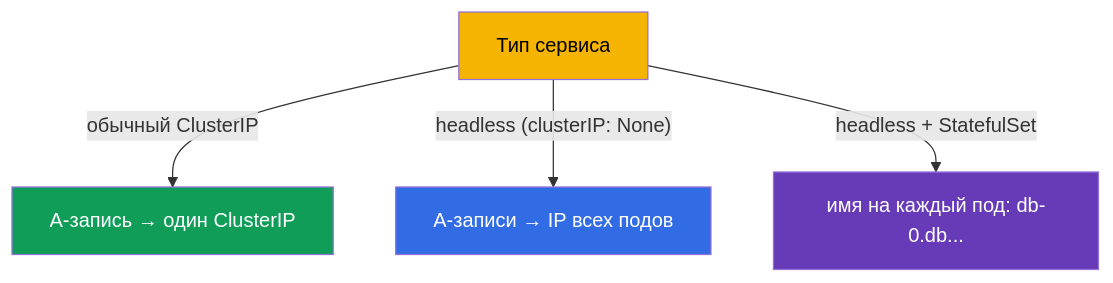
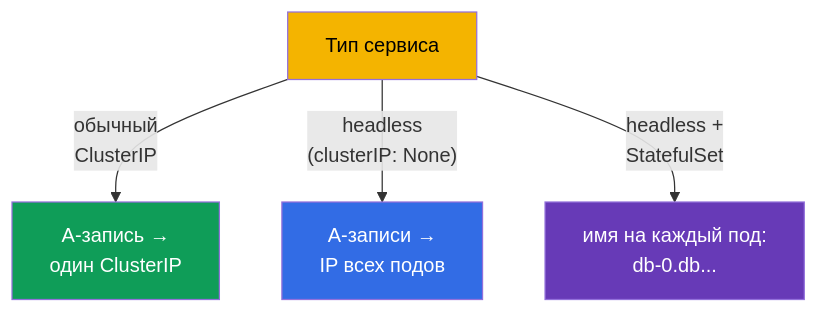
Before and after one commit to ViktorUJ/cks: the fourth of 7 diagrams in tasks/cka/course/31/ru.md, drawn with Mermaid. The commit also changed other lines of this file and 30 other files, not shown here.

````diff
--- a/tasks/cka/course/31/ru.md
+++ b/tasks/cka/course/31/ru.md
@@ -101,11 +131,11 @@
 ```mermaid
 flowchart TB
     q["Тип сервиса"]
-    q -->|"обычный ClusterIP"| a["A-запись → один ClusterIP"]
-    q -->|"headless (clusterIP: None)"| b["A-записи → IP всех подов"]
-    q -->|"headless + StatefulSet"| c["имя на каждый под: db-0.db..."]
+    q -->|"обычный<br>ClusterIP"| a["A-запись →<br>один ClusterIP"]
+    q -->|"headless<br>(clusterIP: None)"| b["A-записи →<br>IP всех подов"]
+    q -->|"headless +<br>StatefulSet"| c["имя на каждый под:<br>db-0.db..."]
     style q fill:#f4b400,color:#000
     style a fill:#0f9d58,color:#fff
     style b fill:#326ce5,color:#fff
     style c fill:#673ab7,color:#fff
 ```
````
